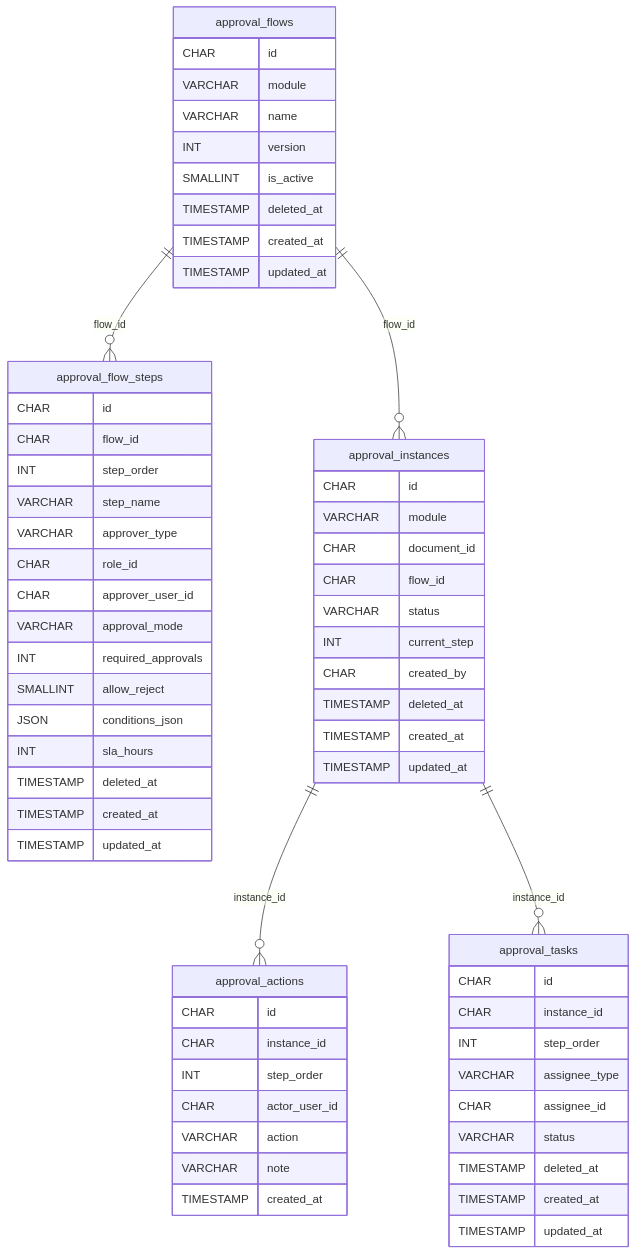
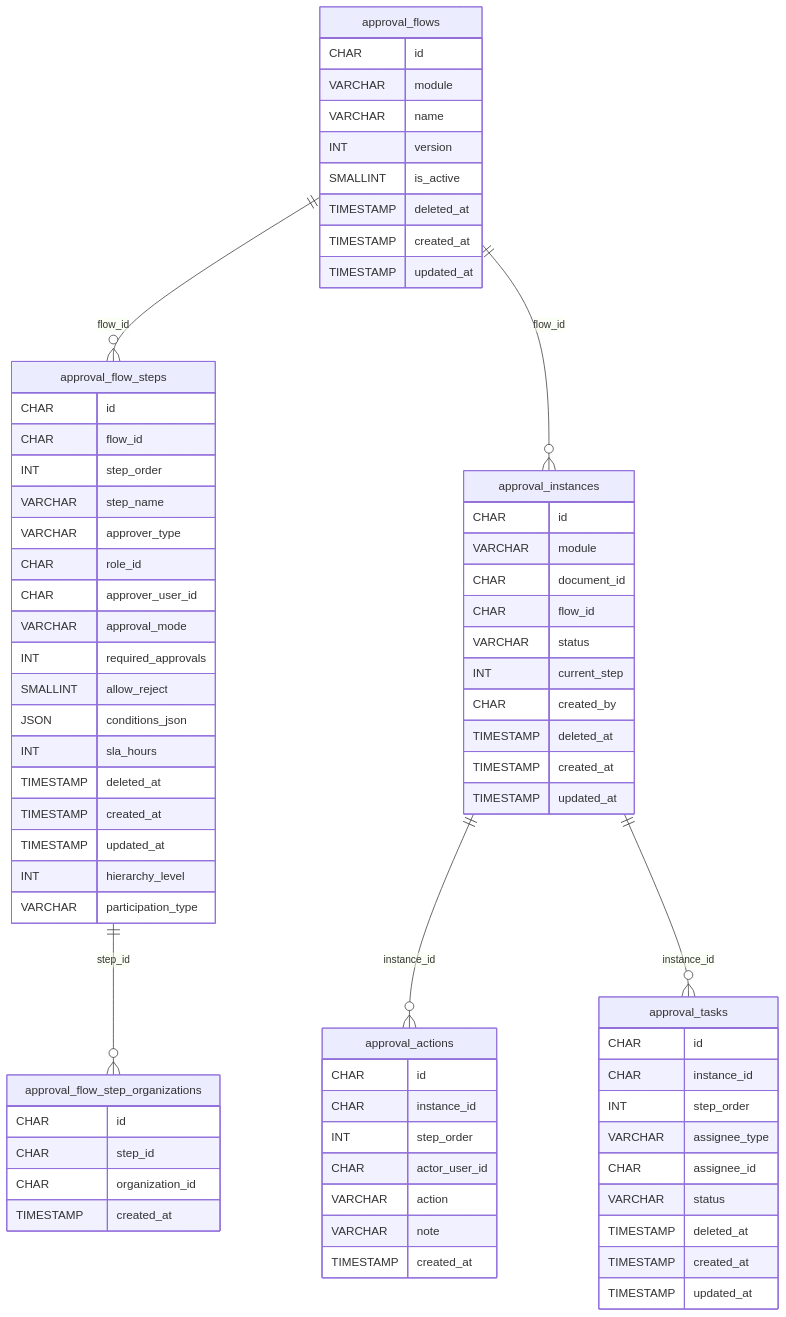
The tenth of 19 diagrams in docs/database-schema.md (Inthros-Jagotama/inthros-hris-platform), drawn with Mermaid before and after one commit. The commit also changed other lines of this file and 27 other files, not shown here.

````diff
--- a/docs/database-schema.md
+++ b/docs/database-schema.md
@@ -1860,66 +1892,75 @@
 ```mermaid
 erDiagram
     approval_flows {
         CHAR id
         VARCHAR module
         VARCHAR name
         INT version
         SMALLINT is_active
         TIMESTAMP deleted_at
         TIMESTAMP created_at
         TIMESTAMP updated_at
     }
     approval_flow_steps {
         CHAR id
         CHAR flow_id
         INT step_order
         VARCHAR step_name
         VARCHAR approver_type
         CHAR role_id
         CHAR approver_user_id
         VARCHAR approval_mode
         INT required_approvals
         SMALLINT allow_reject
         JSON conditions_json
         INT sla_hours
         TIMESTAMP deleted_at
         TIMESTAMP created_at
         TIMESTAMP updated_at
+        INT hierarchy_level
+        VARCHAR participation_type
     }
     approval_instances {
         CHAR id
         VARCHAR module
         CHAR document_id
         CHAR flow_id
         VARCHAR status
         INT current_step
         CHAR created_by
         TIMESTAMP deleted_at
         TIMESTAMP created_at
         TIMESTAMP updated_at
     }
     approval_actions {
         CHAR id
         CHAR instance_id
         INT step_order
         CHAR actor_user_id
         VARCHAR action
         VARCHAR note
         TIMESTAMP created_at
     }
     approval_tasks {
         CHAR id
         CHAR instance_id
         INT step_order
         VARCHAR assignee_type
         CHAR assignee_id
         VARCHAR status
         TIMESTAMP deleted_at
         TIMESTAMP created_at
         TIMESTAMP updated_at
     }
+    approval_flow_step_organizations {
+        CHAR id
+        CHAR step_id
+        CHAR organization_id
+        TIMESTAMP created_at
+    }
     approval_flows ||--o{ approval_flow_steps : "flow_id"
     approval_flows ||--o{ approval_instances : "flow_id"
     approval_instances ||--o{ approval_actions : "instance_id"
     approval_instances ||--o{ approval_tasks : "instance_id"
+    approval_flow_steps ||--o{ approval_flow_step_organizations : "step_id"
 ```
````
